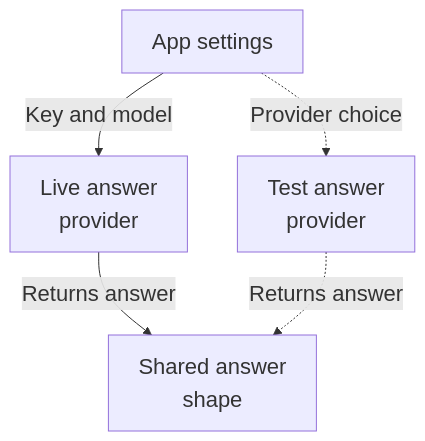
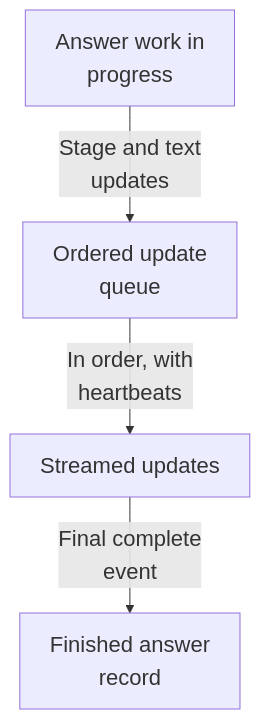
Before and after one commit to Justin-Mendoza/Afterclass: the diagram in maps/answers/diagram-02.mmd, drawn with Mermaid. The commit also changed 85 other files, not shown here.

```diff
--- a/maps/answers/diagram-02.mmd
+++ b/maps/answers/diagram-02.mmd
@@ -1,10 +1,9 @@
 %%{init: {"themeVariables": {"fontSize": "22px"}}}%%
 flowchart TD
-  n0["App settings"]
-  n1["Live answer<br/>provider"]
-  n2["Test answer<br/>provider"]
-  n3["Shared answer<br/>shape"]
-  n0 -->|"Key and model"| n1
-  n1 -->|"Returns answer"| n3
-  n2 -.->|"Returns answer"| n3
-  n0 -.->|"Provider choice"| n2
+  n0["Answer work in<br/>progress"]
+  n1["Ordered update<br/>queue"]
+  n2["Streamed updates"]
+  n3["Finished answer<br/>record"]
+  n0 -->|"Stage and text<br/>updates"| n1
+  n1 -->|"In order, with<br/>heartbeats"| n2
+  n2 -->|"Final complete<br/>event"| n3
```
